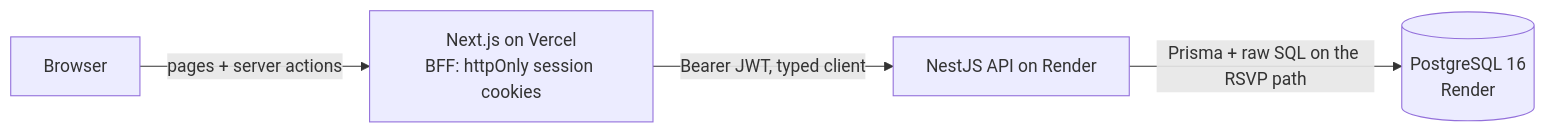
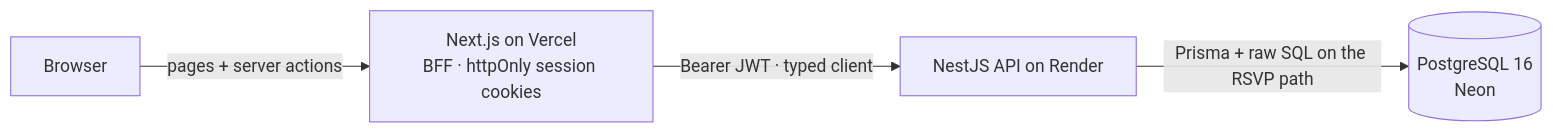
Before and after one commit to Harshit-Makraria/rescue-rituals: the first of 3 diagrams in README.md, drawn with Mermaid. The commit also changed other lines of this file and 8 other files, not shown here.

First line of the commit message:
Deploy to Render, Neon and Vercel; Postman collection and README

````diff
--- a/README.md
+++ b/README.md
@@ -21,6 +105,6 @@
 ```mermaid
 flowchart LR
-  B[Browser] -->|pages + server actions| W[Next.js on Vercel<br/>BFF: httpOnly session cookies]
-  W -->|Bearer JWT, typed client| A[NestJS API on Render]
-  A -->|Prisma + raw SQL on the RSVP path| P[(PostgreSQL 16<br/>Render)]
+  B[Browser] -->|pages + server actions| W[Next.js on Vercel<br/>BFF · httpOnly session cookies]
+  W -->|Bearer JWT · typed client| A[NestJS API on Render]
+  A -->|Prisma + raw SQL on the RSVP path| P[(PostgreSQL 16<br/>Neon)]
 ```
````
